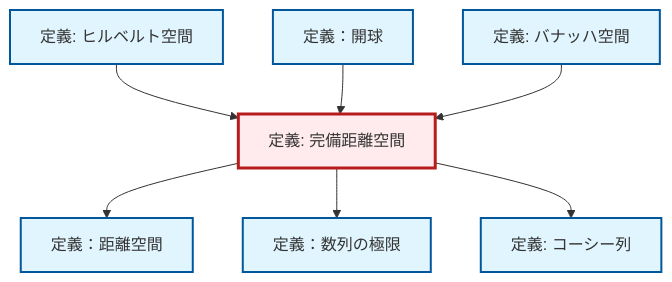
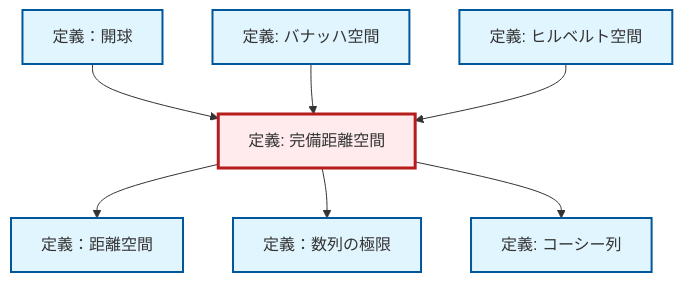
The diagram in output/mermaid/ja/def-complete-metric-space.mermaid (RK0429/ModernMath), drawn with Mermaid before and after one commit. The commit also changed other lines of this file and 1012 other files, not shown here.

```diff
--- a/output/mermaid/ja/def-complete-metric-space.mermaid
+++ b/output/mermaid/ja/def-complete-metric-space.mermaid
@@ -1,21 +1,21 @@
 %%| fig-cap: "Local dependency graph"
 graph TD
     classDef definition fill:#e1f5fe,stroke:#01579b,stroke-width:2px
     classDef theorem fill:#f3e5f5,stroke:#4a148c,stroke-width:2px
     classDef axiom fill:#fff3e0,stroke:#e65100,stroke-width:2px
     classDef example fill:#e8f5e9,stroke:#1b5e20,stroke-width:2px
     classDef current fill:#ffebee,stroke:#b71c1c,stroke-width:3px
-    def-cauchy-sequence["定義: コーシー列"]:::definition
+    def-limit["定義：数列の極限"]:::definition
+    def-banach-space["定義: バナッハ空間"]:::definition
+    def-open-ball["定義：開球"]:::definition
+    def-hilbert-space["定義: ヒルベルト空間"]:::definition
     def-complete-metric-space["定義: 完備距離空間"]:::definition
     def-metric-space["定義：距離空間"]:::definition
-    def-open-ball["定義：開球"]:::definition
-    def-limit["定義：数列の極限"]:::definition
-    def-hilbert-space["定義: ヒルベルト空間"]:::definition
-    def-banach-space["定義: バナッハ空間"]:::definition
+    def-cauchy-sequence["定義: コーシー列"]:::definition
+    def-complete-metric-space --> def-metric-space
+    def-open-ball --> def-complete-metric-space
+    def-complete-metric-space --> def-limit
+    def-complete-metric-space --> def-cauchy-sequence
+    def-banach-space --> def-complete-metric-space
     def-hilbert-space --> def-complete-metric-space
-    def-complete-metric-space --> def-metric-space
-    def-complete-metric-space --> def-limit
-    def-open-ball --> def-complete-metric-space
-    def-banach-space --> def-complete-metric-space
-    def-complete-metric-space --> def-cauchy-sequence
     class def-complete-metric-space current
```
